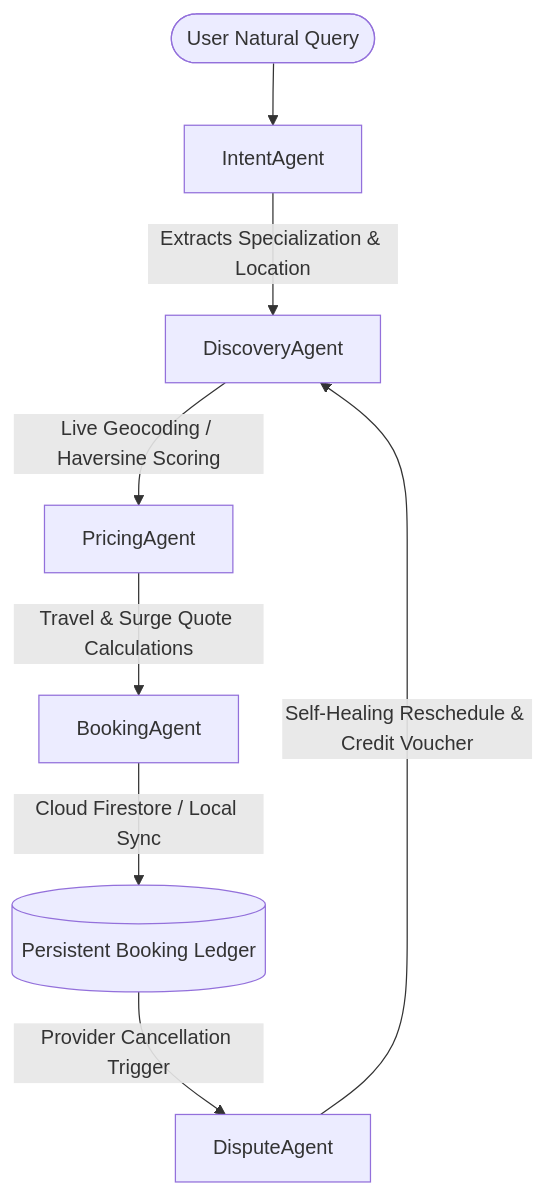
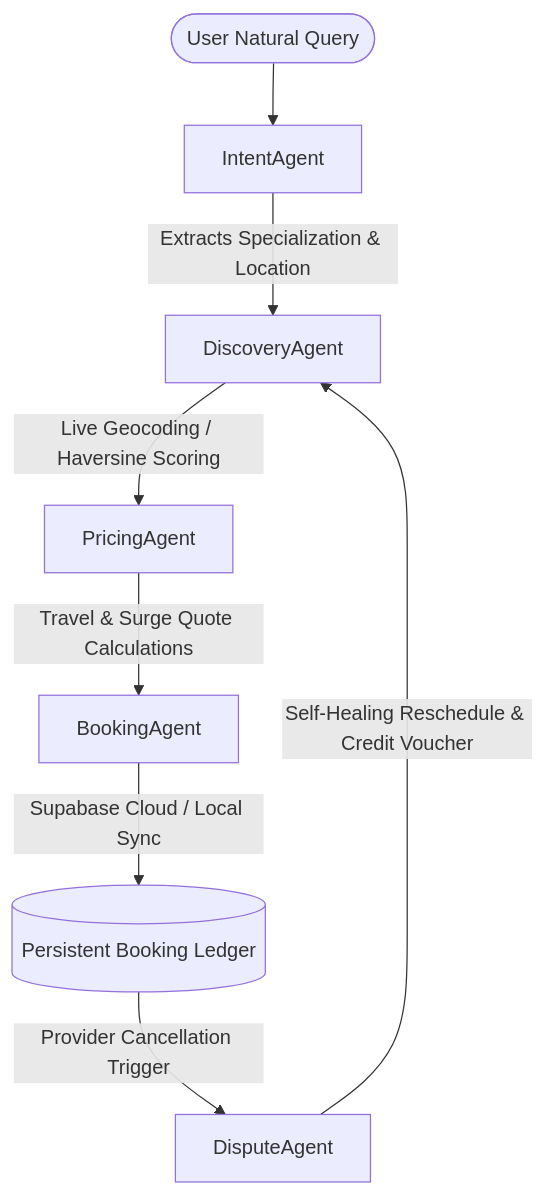
Before and after one commit to ammarasad2005/hamara-rozgar: the diagram in README.md, drawn with Mermaid. The commit also changed other lines of this file and 1 other file, not shown here.

````diff
--- a/README.md
+++ b/README.md
@@ -14,10 +14,10 @@
 ```mermaid
 graph TD
     User([User Natural Query]) --> IA[IntentAgent]
     IA -->|Extracts Specialization & Location| DA[DiscoveryAgent]
     DA -->|Live Geocoding / Haversine Scoring| PA[PricingAgent]
     PA -->|Travel & Surge Quote Calculations| BA[BookingAgent]
-    BA -->|Cloud Firestore / Local Sync| Transaction[(Persistent Booking Ledger)]
+    BA -->|Supabase Cloud / Local Sync| Transaction[(Persistent Booking Ledger)]
     Transaction -->|Provider Cancellation Trigger| DisputeA[DisputeAgent]
     DisputeA -->|Self-Healing Reschedule & Credit Voucher| DA
 ```
````
